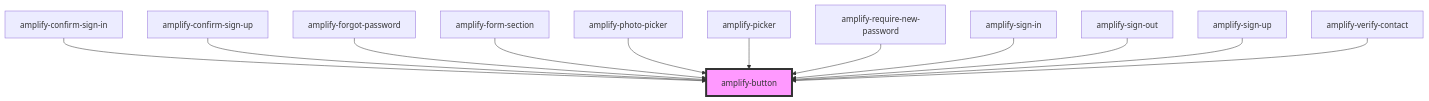
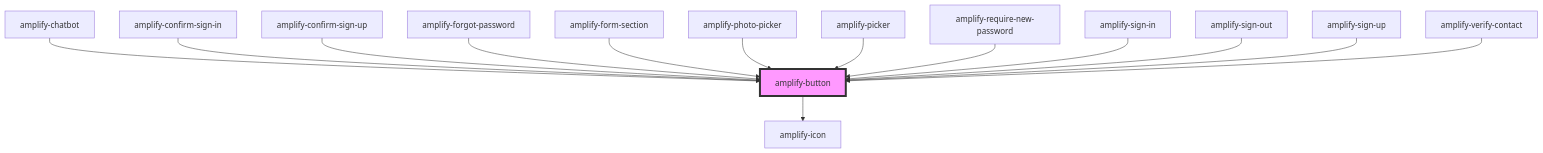
Before and after one commit to OneDev0411/amplify-js: the diagram in packages/amplify-ui-components/src/components/amplify-button/readme.md, drawn with Mermaid. The commit also changed other lines of this file and 56 other files, not shown here.

First line of the commit message:
feat(@aws-amplify/ui-components): Add Chatbot UI to main (#6684)

````diff
--- a/packages/amplify-ui-components/src/components/amplify-button/readme.md
+++ b/packages/amplify-ui-components/src/components/amplify-button/readme.md
@@ -33,15 +39,17 @@
 ```mermaid
 graph TD;
+  amplify-button --> amplify-icon
+  amplify-chatbot --> amplify-button
   amplify-confirm-sign-in --> amplify-button
   amplify-confirm-sign-up --> amplify-button
   amplify-forgot-password --> amplify-button
   amplify-form-section --> amplify-button
   amplify-photo-picker --> amplify-button
   amplify-picker --> amplify-button
   amplify-require-new-password --> amplify-button
   amplify-sign-in --> amplify-button
   amplify-sign-out --> amplify-button
   amplify-sign-up --> amplify-button
   amplify-verify-contact --> amplify-button
   style amplify-button fill:#f9f,stroke:#333,stroke-width:4px
 ```
````
